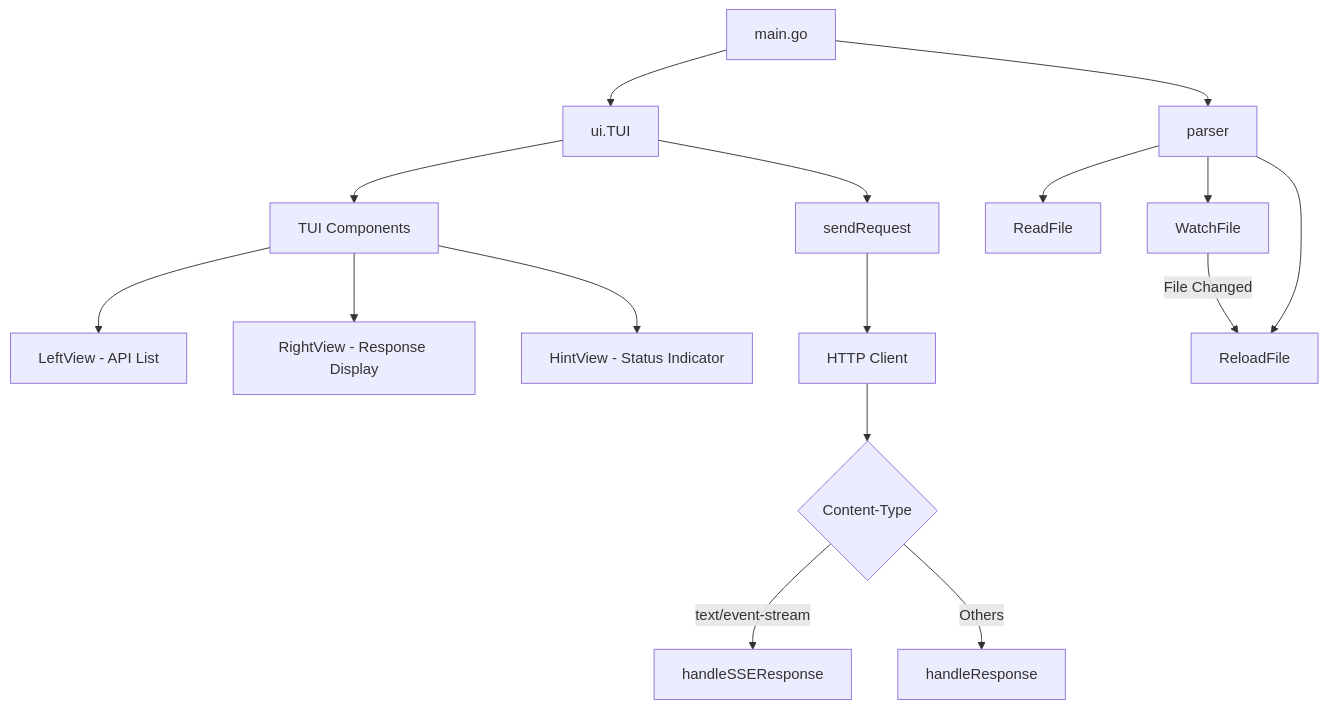
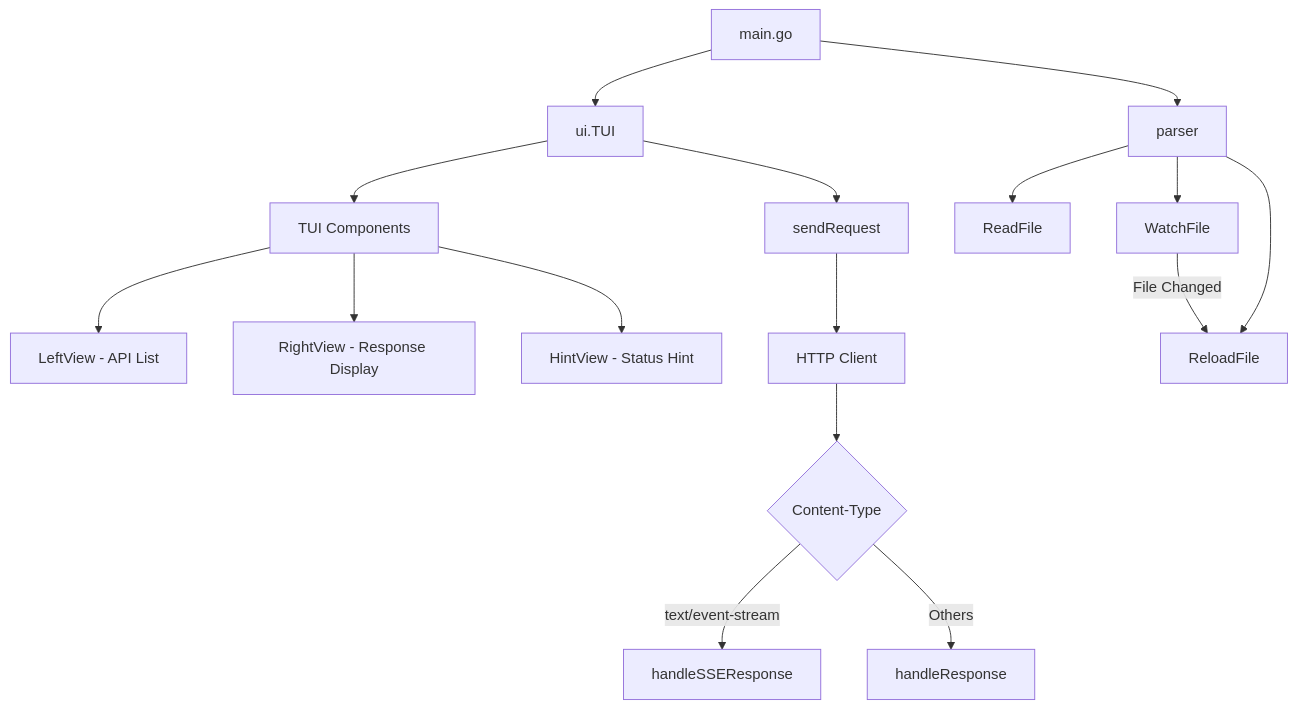
The diagram in README.md (pardnchiu/go-rest-client), drawn with Mermaid before and after one commit. The commit also changed other lines of this file and 4 other files, not shown here.

````diff
--- a/README.md
+++ b/README.md
@@ -36,22 +36,22 @@
 ```mermaid
 graph TB
     A[main.go] --> B[ui.TUI]
     A --> C[parser]
 
     B --> D[TUI Components]
     D --> E[LeftView - API List]
     D --> F[RightView - Response Display]
-    D --> G[HintView - Status Indicator]
+    D --> G[HintView - Status Hint]
 
     C --> H[ReadFile]
     C --> I[WatchFile]
     C --> J[ReloadFile]
 
     B --> K[sendRequest]
     K --> L[HTTP Client]
     L --> M{Content-Type}
     M -->|text/event-stream| N[handleSSEResponse]
     M -->|Others| O[handleResponse]
 
     I -->|File Changed| J
 ```
````
